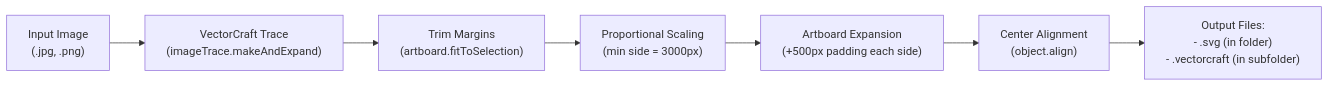
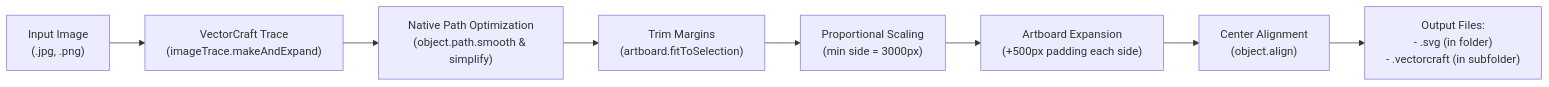
Before and after one commit to nooradn/vectorcraft-batch-trace-tool: the diagram in README.md, drawn with Mermaid. The commit also changed other lines of this file, not shown here.

Commit message:
docs: clarify native in-engine path smoothing & Bézier optimization pipeline in architecture diagram

````diff
--- a/README.md
+++ b/README.md
@@ -136,9 +136,10 @@
 ```mermaid
 flowchart LR
     A["Input Image\n(.jpg, .png)"] --> B["VectorCraft Trace\n(imageTrace.makeAndExpand)"]
-    B --> C["Trim Margins\n(artboard.fitToSelection)"]
-    C --> D["Proportional Scaling\n(min side = 3000px)"]
-    D --> E["Artboard Expansion\n(+500px padding each side)"]
-    E --> F["Center Alignment\n(object.align)"]
-    F --> G["Output Files:\n- .svg (in folder)\n- .vectorcraft (in subfolder)"]
+    B --> C["Native Path Optimization\n(object.path.smooth & simplify)"]
+    C --> D["Trim Margins\n(artboard.fitToSelection)"]
+    D --> E["Proportional Scaling\n(min side = 3000px)"]
+    E --> F["Artboard Expansion\n(+500px padding each side)"]
+    F --> G["Center Alignment\n(object.align)"]
+    G --> H["Output Files:\n- .svg (in folder)\n- .vectorcraft (in subfolder)"]
 ```
````
